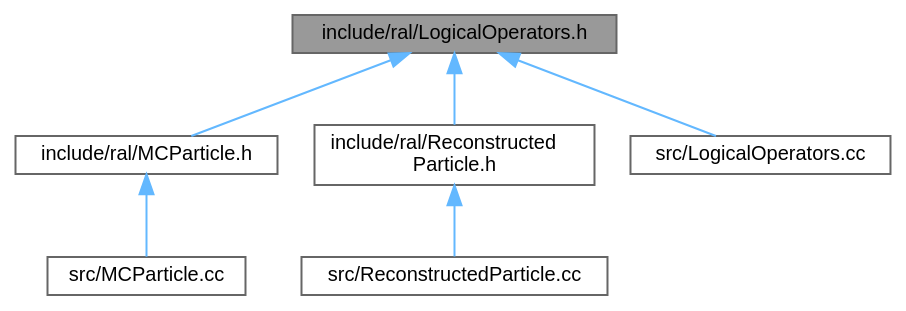
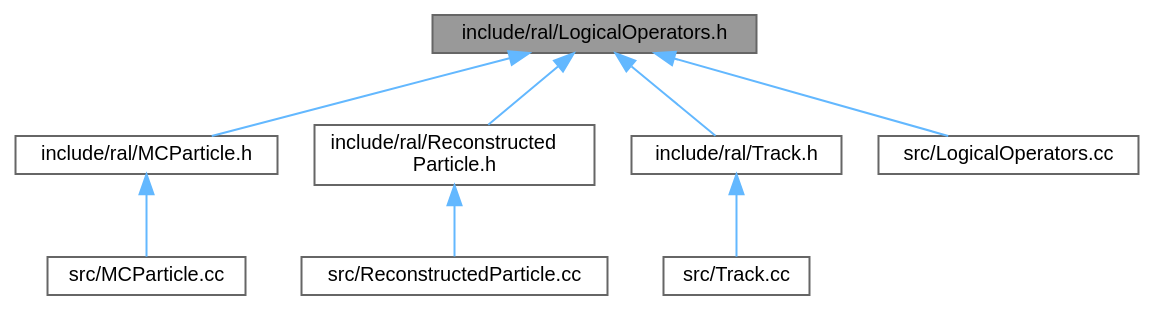
The diagram in docs/LogicalOperators_8h__dep__incl.dot (Juanki0396/ral), drawn with Graphviz before and after one commit. The commit also changed 39 other files, not shown here.

```diff
--- a/docs/LogicalOperators_8h__dep__incl.dot
+++ b/docs/LogicalOperators_8h__dep__incl.dot
@@ -1,18 +1,22 @@
 digraph "include/ral/LogicalOperators.h"
 {
  // LATEX_PDF_SIZE
   bgcolor="transparent";
   edge [fontname=Helvetica,fontsize=10,labelfontname=Helvetica,labelfontsize=10];
   node [fontname=Helvetica,fontsize=10,shape=box,height=0.2,width=0.4];
   Node1 [id="Node000001",label="include/ral/LogicalOperators.h",height=0.2,width=0.4,color="gray40", fillcolor="grey60", style="filled", fontcolor="black",tooltip=" "];
   Node1 -> Node2 [id="edge1_Node000001_Node000002",dir="back",color="steelblue1",style="solid",tooltip=" "];
   Node2 [id="Node000002",label="include/ral/MCParticle.h",height=0.2,width=0.4,color="grey40", fillcolor="white", style="filled",URL="$MCParticle_8h.html",tooltip=" "];
   Node2 -> Node3 [id="edge2_Node000002_Node000003",dir="back",color="steelblue1",style="solid",tooltip=" "];
   Node3 [id="Node000003",label="src/MCParticle.cc",height=0.2,width=0.4,color="grey40", fillcolor="white", style="filled",URL="$MCParticle_8cc.html",tooltip=" "];
   Node1 -> Node4 [id="edge3_Node000001_Node000004",dir="back",color="steelblue1",style="solid",tooltip=" "];
   Node4 [id="Node000004",label="include/ral/Reconstructed\lParticle.h",height=0.2,width=0.4,color="grey40", fillcolor="white", style="filled",URL="$ReconstructedParticle_8h.html",tooltip=" "];
   Node4 -> Node5 [id="edge4_Node000004_Node000005",dir="back",color="steelblue1",style="solid",tooltip=" "];
   Node5 [id="Node000005",label="src/ReconstructedParticle.cc",height=0.2,width=0.4,color="grey40", fillcolor="white", style="filled",URL="$ReconstructedParticle_8cc.html",tooltip=" "];
   Node1 -> Node6 [id="edge5_Node000001_Node000006",dir="back",color="steelblue1",style="solid",tooltip=" "];
-  Node6 [id="Node000006",label="src/LogicalOperators.cc",height=0.2,width=0.4,color="grey40", fillcolor="white", style="filled",URL="$LogicalOperators_8cc.html",tooltip=" "];
+  Node6 [id="Node000006",label="include/ral/Track.h",height=0.2,width=0.4,color="grey40", fillcolor="white", style="filled",URL="$Track_8h.html",tooltip=" "];
+  Node6 -> Node7 [id="edge6_Node000006_Node000007",dir="back",color="steelblue1",style="solid",tooltip=" "];
+  Node7 [id="Node000007",label="src/Track.cc",height=0.2,width=0.4,color="grey40", fillcolor="white", style="filled",URL="$Track_8cc.html",tooltip=" "];
+  Node1 -> Node8 [id="edge7_Node000001_Node000008",dir="back",color="steelblue1",style="solid",tooltip=" "];
+  Node8 [id="Node000008",label="src/LogicalOperators.cc",height=0.2,width=0.4,color="grey40", fillcolor="white", style="filled",URL="$LogicalOperators_8cc.html",tooltip=" "];
 }
```
